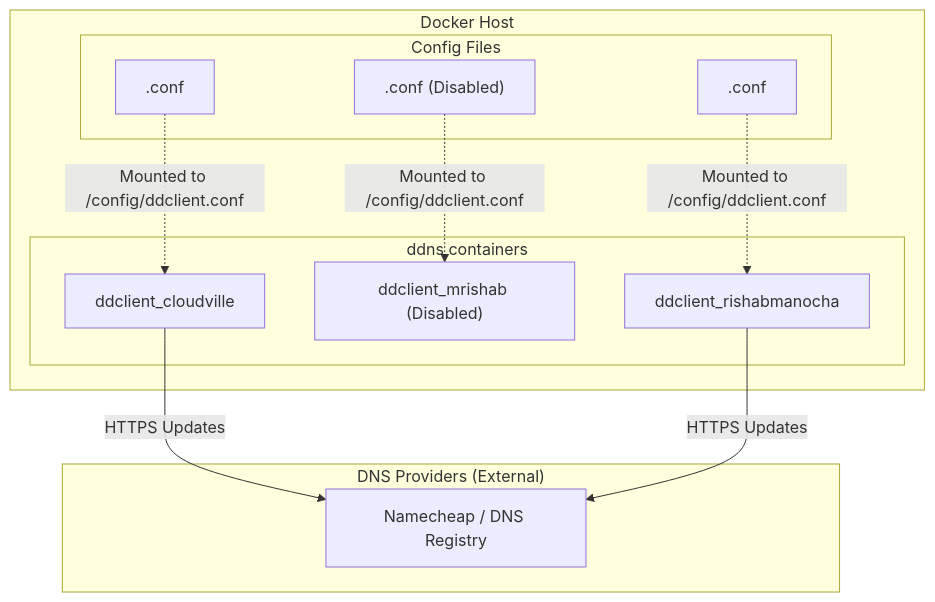
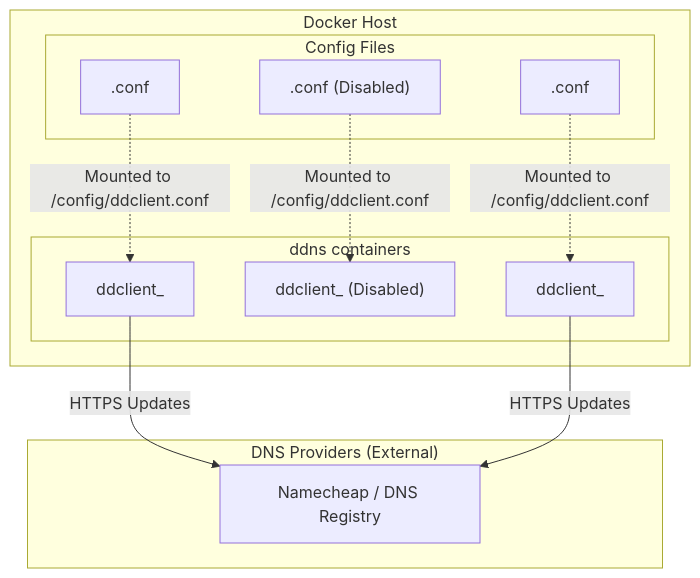
Before and after one commit to mrishab/anton-apps: the diagram in apps/ddns/README.md, drawn with Mermaid. The commit also changed other lines of this file and 8 other files, not shown here.

````diff
--- a/apps/ddns/README.md
+++ b/apps/ddns/README.md
@@ -7,29 +7,29 @@
 ```mermaid
 graph TD
     subgraph "Docker Host"
         subgraph "ddns containers"
-            C1["ddclient_cloudville"]
-            C2["ddclient_mrishab (Disabled)"]
-            C3["ddclient_rishabmanocha"]
+            C1["ddclient_<your-domain-1>"]
+            C2["ddclient_<your-domain-2> (Disabled)"]
+            C3["ddclient_<your-domain-3>"]
         end
         
         subgraph "Config Files"
             F1["<your-domain-1>.conf"]
             F2["<your-domain-2>.conf (Disabled)"]
             F3["<your-domain-3>.conf"]
         end
     end
 
     subgraph "DNS Providers (External)"
         P1["Namecheap / DNS Registry"]
     end
 
     %% Volume Mounts
     F1 -.->|Mounted to /config/ddclient.conf| C1
     F2 -.->|Mounted to /config/ddclient.conf| C2
     F3 -.->|Mounted to /config/ddclient.conf| C3
 
     %% Updates
     C1 -->|HTTPS Updates| P1
     C3 -->|HTTPS Updates| P1
 ```
````
